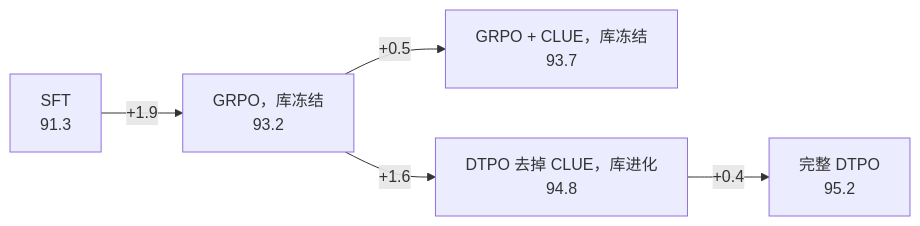
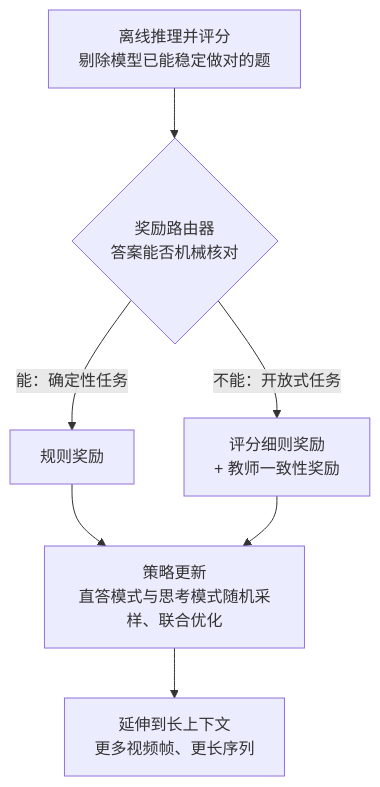
The fourth of 4 diagrams in docs/index.md (yingwang/paper-reads), drawn with Mermaid before and after one commit. The commit also changed other lines of this file and 2 other files, not shown here.

````diff
--- a/docs/index.md
+++ b/docs/index.md
@@ -418,7 +208,9 @@
 ```mermaid
-flowchart LR
-    S0["SFT<br/>91.3"] -- "+1.9" --> S1["GRPO，库冻结<br/>93.2"]
-    S1 -- "+0.5" --> S2["GRPO + CLUE，库冻结<br/>93.7"]
-    S1 -- "+1.6" --> S3["DTPO 去掉 CLUE，库进化<br/>94.8"]
-    S3 -- "+0.4" --> S4["完整 DTPO<br/>95.2"]
+flowchart TB
+    S["离线推理并评分<br/>剔除模型已能稳定做对的题"] --> R{"奖励路由器<br/>答案能否机械核对"}
+    R -- "能：确定性任务" --> R1["规则奖励"]
+    R -- "不能：开放式任务" --> R2["评分细则奖励<br/>+ 教师一致性奖励"]
+    R1 --> U["策略更新<br/>直答模式与思考模式随机采样、联合优化"]
+    R2 --> U
+    U --> X["延伸到长上下文<br/>更多视频帧、更长序列"]
 ```
````
